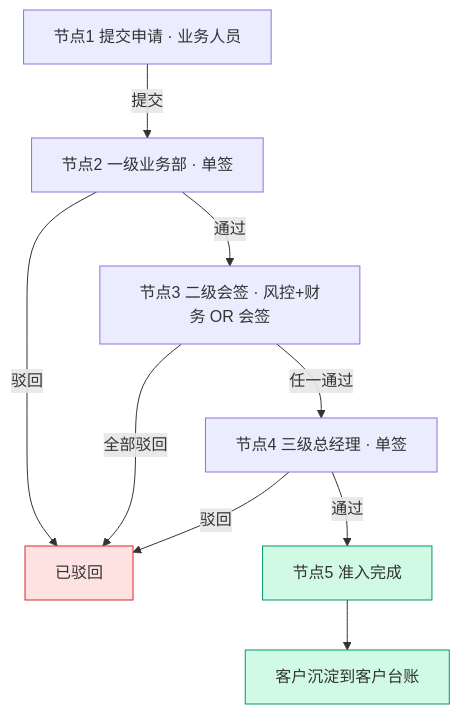
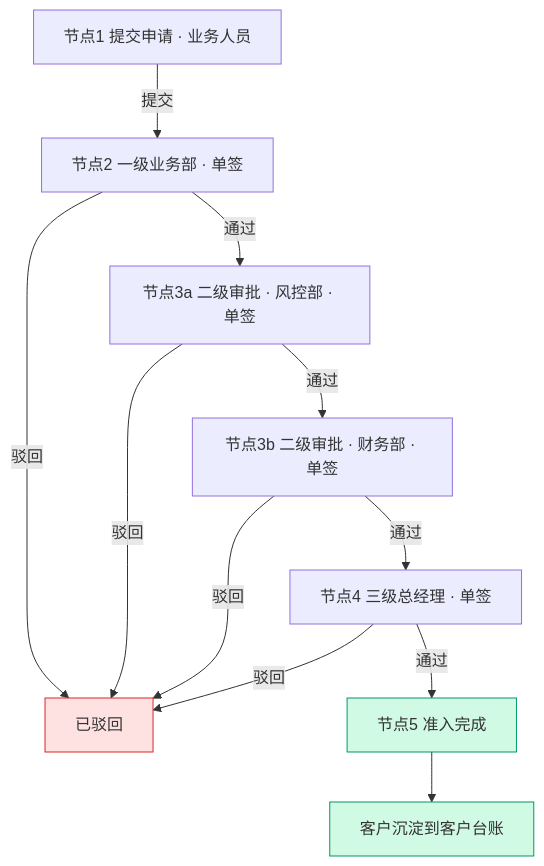
The second of 5 diagrams in docs-v2/02.01-项目管理.md (Ummyue/gyt-admin), drawn with Mermaid before and after one commit. The commit also changed other lines of this file and 40 other files, not shown here.

````diff
--- a/docs-v2/02.01-项目管理.md
+++ b/docs-v2/02.01-项目管理.md
@@ -148,16 +180,18 @@
 ```mermaid
 flowchart TB
     A["节点1 提交申请 · 业务人员"] -->|"提交"| B["节点2 一级业务部 · 单签"]
-    B -->|"通过"| C["节点3 二级会签 · 风控+财务 OR 会签"]
+    B -->|"通过"| C["节点3a 二级审批 · 风控部 · 单签"]
     B -->|"驳回"| Z1["已驳回"]
-    C -->|"任一通过"| D["节点4 三级总经理 · 单签"]
-    C -->|"全部驳回"| Z1
+    C -->|"通过"| C2["节点3b 二级审批 · 财务部 · 单签"]
+    C -->|"驳回"| Z1
+    C2 -->|"通过"| D["节点4 三级总经理 · 单签"]
+    C2 -->|"驳回"| Z1
     D -->|"通过"| E["节点5 准入完成"]
     D -->|"驳回"| Z1
     E --> F["客户沉淀到客户台账"]
 
     classDef danger fill:#fee2e2,stroke:#dc2626
     classDef ok fill:#d1fae5,stroke:#059669
     class Z1 danger
     class E,F ok
 ```
````
